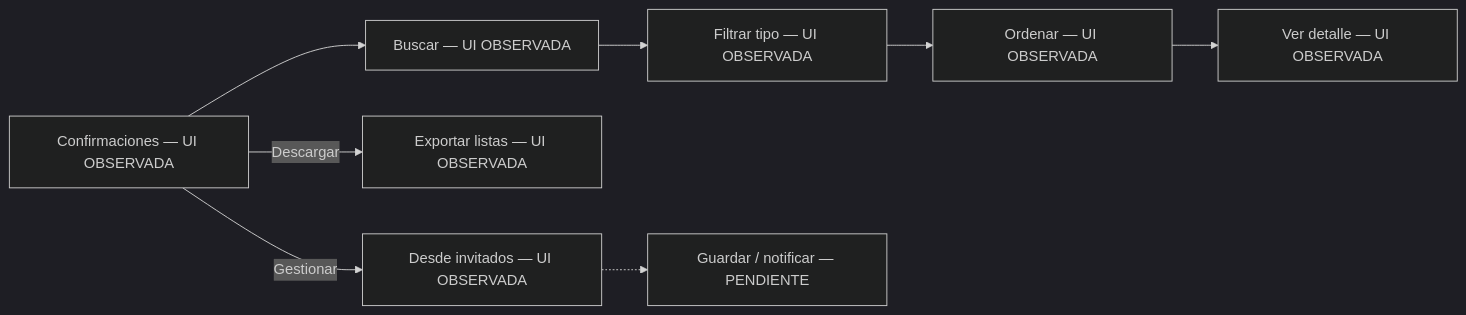
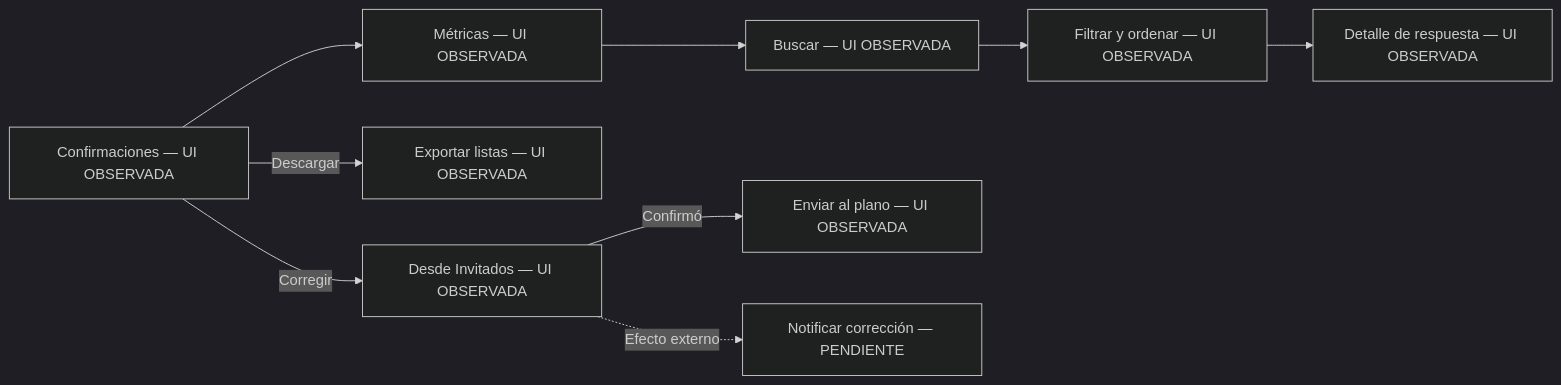
Before and after one commit to ZpectralCrystals/nupcial-saas: the diagram in docs/diagrams/client-confirmations.mmd, drawn with Mermaid (dark theme). The commit also changed 52 other files, not shown here.

```diff
--- a/docs/diagrams/client-confirmations.mmd
+++ b/docs/diagrams/client-confirmations.mmd
@@ -1,16 +1,18 @@
 flowchart LR
   answers["Confirmaciones — UI OBSERVADA"]
+  metrics["Métricas — UI OBSERVADA"]
   search["Buscar — UI OBSERVADA"]
-  filter["Filtrar tipo — UI OBSERVADA"]
-  sort["Ordenar — UI OBSERVADA"]
-  detail["Ver detalle — UI OBSERVADA"]
+  filter["Filtrar y ordenar — UI OBSERVADA"]
+  detail["Detalle de respuesta — UI OBSERVADA"]
   export["Exportar listas — UI OBSERVADA"]
-  manual["Desde invitados — UI OBSERVADA"]
-  effect["Guardar / notificar — PENDIENTE"]
-  answers --> search
+  manual["Desde Invitados — UI OBSERVADA"]
+  pool["Enviar al plano — UI OBSERVADA"]
+  notify["Notificar corrección — PENDIENTE"]
+  answers --> metrics
+  metrics --> search
   search --> filter
-  filter --> sort
-  sort --> detail
+  filter --> detail
   answers -->|"Descargar"| export
-  answers -->|"Gestionar"| manual
-  manual -.-> effect
+  answers -->|"Corregir"| manual
+  manual -->|"Confirmó"| pool
+  manual -.->|"Efecto externo"| notify
```
